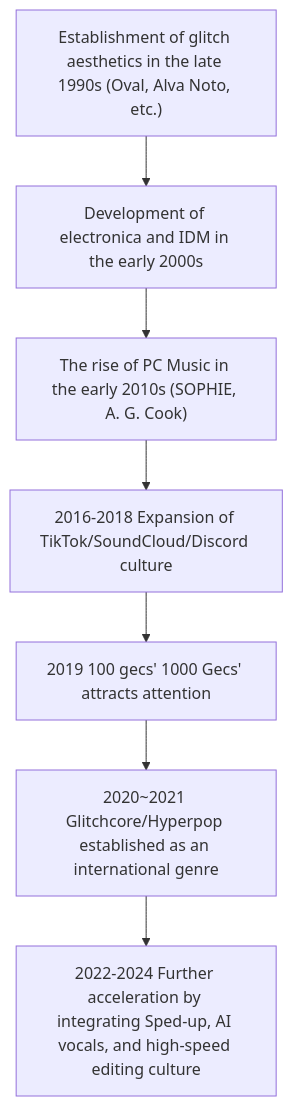
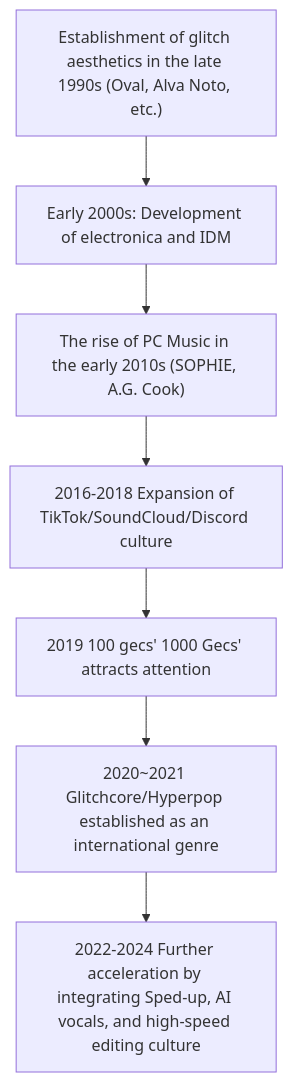
Before and after one commit to monumental-movement/monumental-movement.github.io: the diagram in en/_posts/2025-12-12-column-glitchcore-hyper-glitch.md, drawn with Mermaid. The commit also changed other lines of this file and 657 other files, not shown here.

```diff
--- a/en/_posts/2025-12-12-column-glitchcore-hyper-glitch.md
+++ b/en/_posts/2025-12-12-column-glitchcore-hyper-glitch.md
@@ -214,9 +214,9 @@
 <div class="mermaid">
 flowchart TD
-    A["Establishment of glitch aesthetics in the late 1990s (Oval, Alva Noto, etc.)"] --> B["Development of electronica and IDM in the early 2000s"]
-    B --> C["The rise of PC Music in the early 2010s (SOPHIE, A. G. Cook)"]
+    A["Establishment of glitch aesthetics in the late 1990s (Oval, Alva Noto, etc.)"] --> B["Early 2000s: Development of electronica and IDM"]
+    B --> C["The rise of PC Music in the early 2010s (SOPHIE, A.G. Cook)"]
     C --> D["2016-2018 Expansion of TikTok/SoundCloud/Discord culture"]
     D --> E["2019 100 gecs' 1000 Gecs' attracts attention"]
     E --> F["2020~2021 Glitchcore/Hyperpop established as an international genre"]
     F --> G["2022-2024 Further acceleration by integrating Sped-up, AI vocals, and high-speed editing culture"]
 </div>
```
